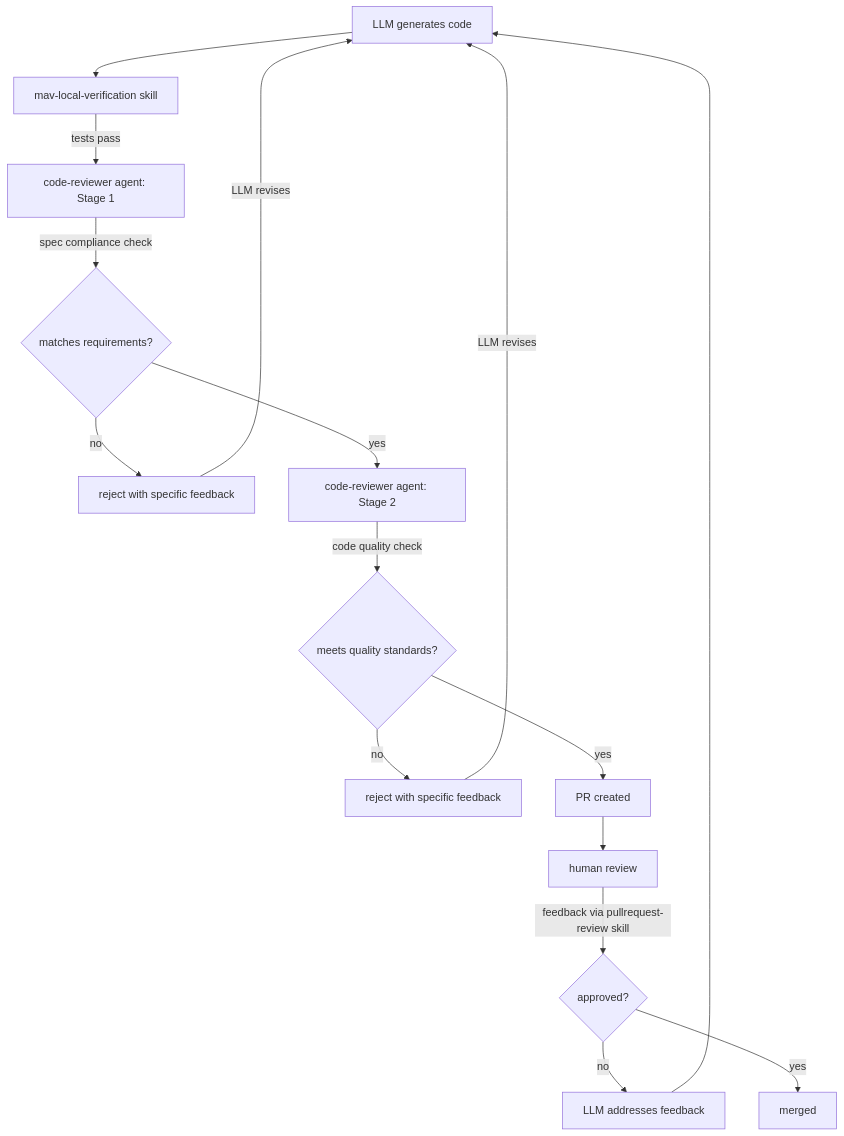
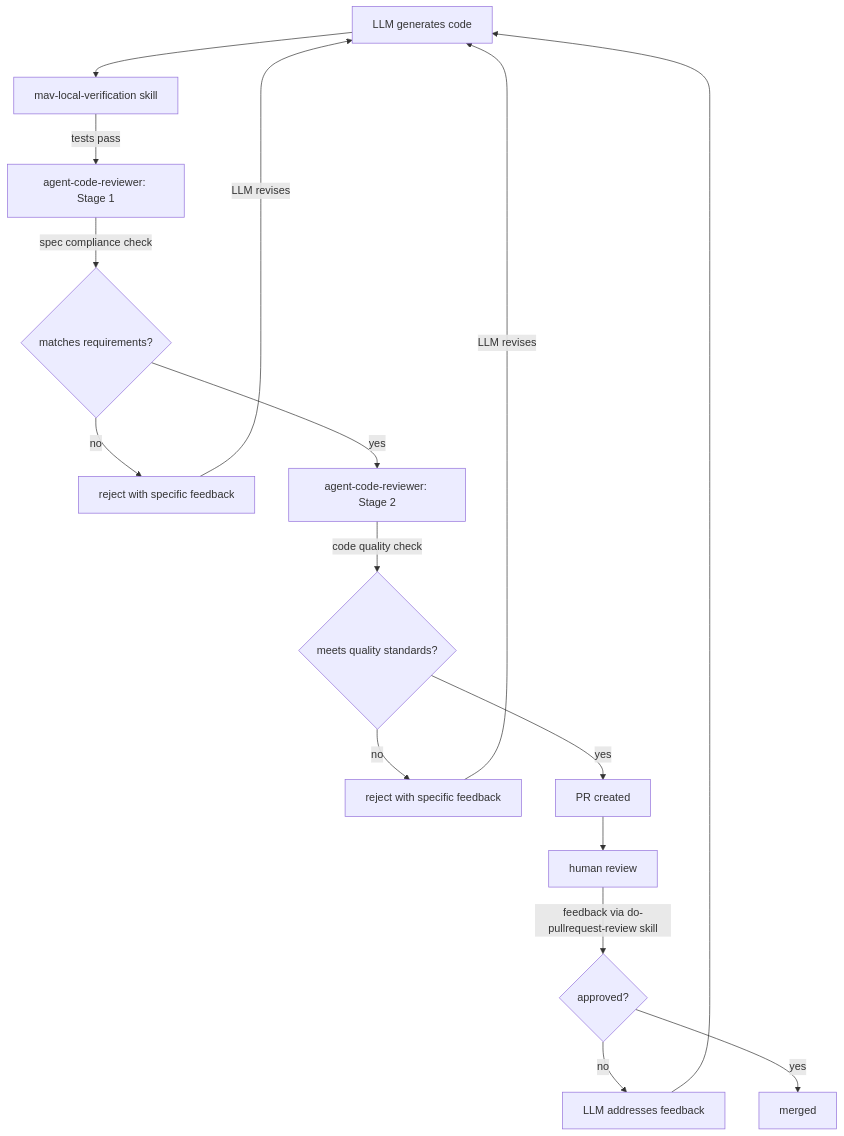
One commit to thermiteau/maverick changed the first of 2 diagrams in docs/standards-and-practices/code-review.md. Above: the diagram before and after it, drawn with Mermaid. The commit also changed other lines of this file and 23 other files, not shown here.

````diff
--- a/docs/standards-and-practices/code-review.md
+++ b/docs/standards-and-practices/code-review.md
@@ -43,18 +43,18 @@
 ```mermaid
 flowchart TD
     A[LLM generates code] --> B[mav-local-verification skill]
-    B -->|tests pass| C[code-reviewer agent: Stage 1]
+    B -->|tests pass| C[agent-code-reviewer: Stage 1]
     C -->|spec compliance check| D{matches requirements?}
     D -->|no| E[reject with specific feedback]
     E -->|LLM revises| A
-    D -->|yes| F[code-reviewer agent: Stage 2]
+    D -->|yes| F[agent-code-reviewer: Stage 2]
     F -->|code quality check| G{meets quality standards?}
     G -->|no| H[reject with specific feedback]
     H -->|LLM revises| A
     G -->|yes| I[PR created]
     I --> J[human review]
-    J -->|feedback via pullrequest-review skill| K{approved?}
+    J -->|feedback via do-pullrequest-review skill| K{approved?}
     K -->|no| L[LLM addresses feedback]
     L --> A
     K -->|yes| M[merged]
 ```
````
